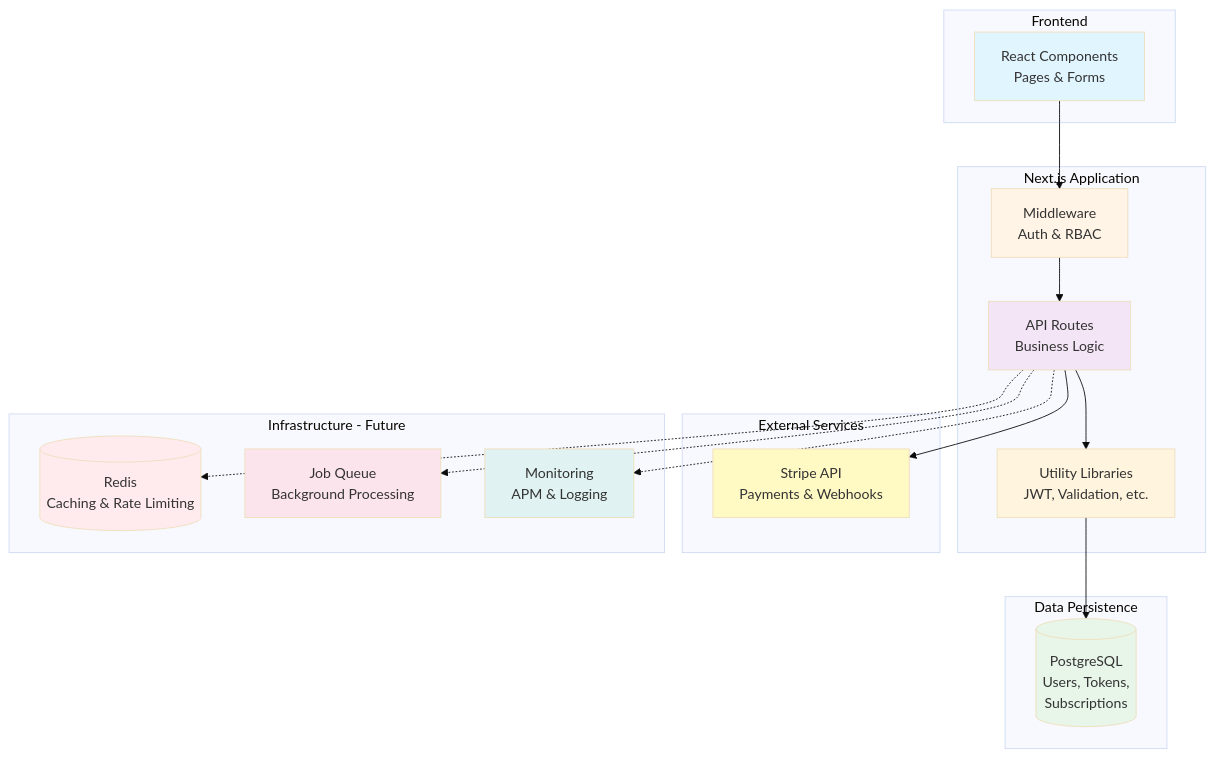
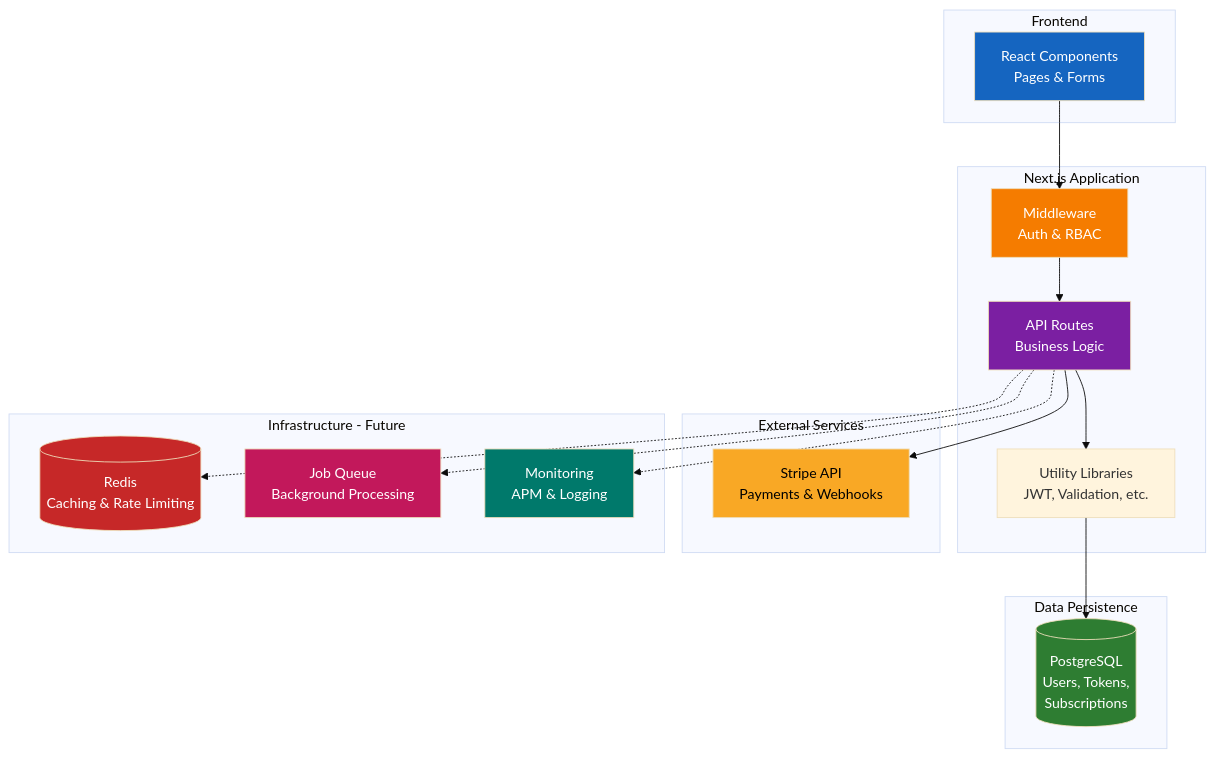
One commit to v1becheck/Next.js-SaaS-Starter changed diagram 15 of 15 in DIAGRAMS.md. Above: the diagram before and after it, drawn with Mermaid (base theme). The commit also changed other lines of this file, not shown here.

````diff
--- a/DIAGRAMS.md
+++ b/DIAGRAMS.md
@@ -687,44 +687,44 @@
 ```mermaid
 graph TB
     subgraph "Frontend"
         UI[React Components<br/>Pages & Forms]
     end
     
     subgraph "Next.js Application"
         MW[Middleware<br/>Auth & RBAC]
         API[API Routes<br/>Business Logic]
         LIB[Utility Libraries<br/>JWT, Validation, etc.]
     end
     
     subgraph "Data Persistence"
         PG[(PostgreSQL<br/>Users, Tokens,<br/>Subscriptions)]
     end
     
     subgraph "External Services"
         STRIPE[Stripe API<br/>Payments & Webhooks]
     end
     
     subgraph "Infrastructure - Future"
         REDIS[(Redis<br/>Caching & Rate Limiting)]
         QUEUE[Job Queue<br/>Background Processing]
         MONITOR[Monitoring<br/>APM & Logging]
     end
     
     UI --> MW
     MW --> API
     API --> LIB
     LIB --> PG
     API --> STRIPE
     API -.-> REDIS
     API -.-> QUEUE
     API -.-> MONITOR
     
-    style UI fill:#e1f5ff
-    style MW fill:#fff4e6
-    style API fill:#f3e5f5
-    style PG fill:#e8f5e9
-    style STRIPE fill:#fff9c4
-    style REDIS fill:#ffebee
-    style QUEUE fill:#fce4ec
-    style MONITOR fill:#e0f2f1
+    style UI fill:#1565c0,color:#fff
+    style MW fill:#f57c00,color:#fff
+    style API fill:#7b1fa2,color:#fff
+    style PG fill:#2e7d32,color:#fff
+    style STRIPE fill:#f9a825,color:#000
+    style REDIS fill:#c62828,color:#fff
+    style QUEUE fill:#c2185b,color:#fff
+    style MONITOR fill:#00796b,color:#fff
 ```
````
